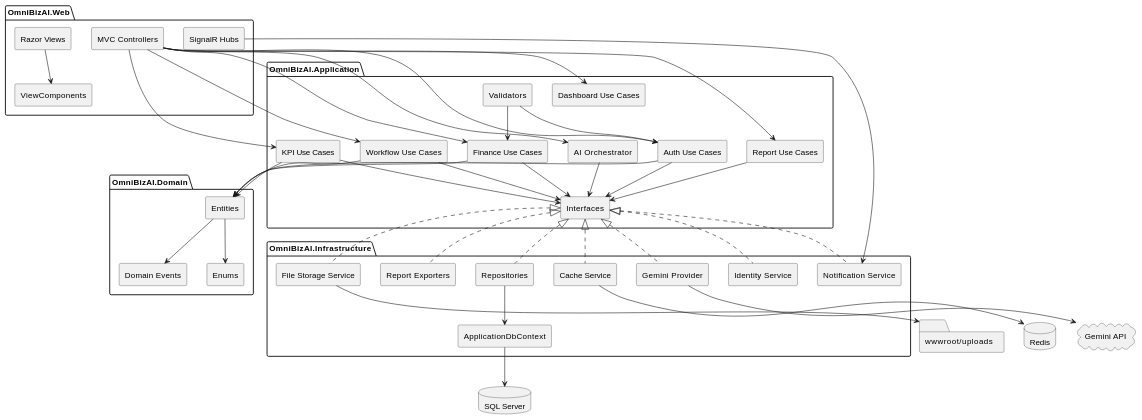
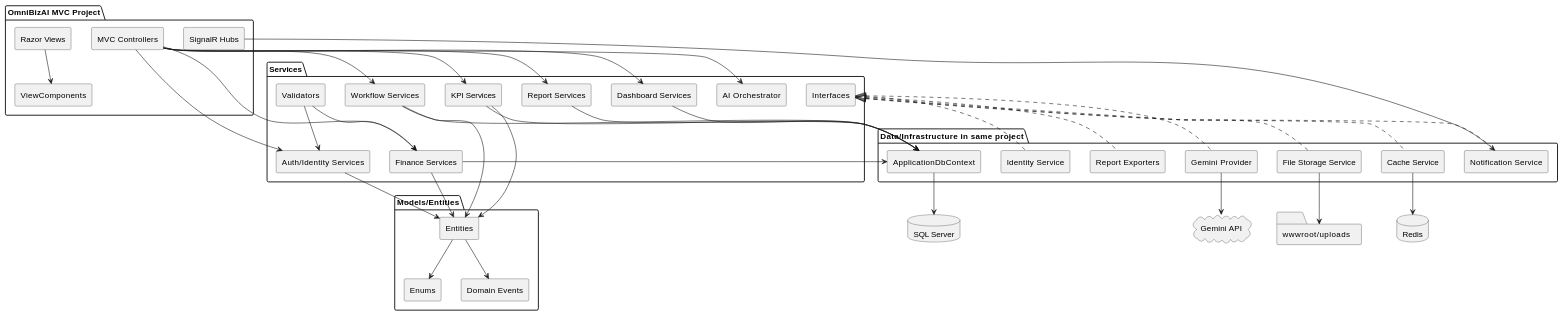
One commit to quanptatb/OmniBizAI changed the fifth of 14 diagrams in docs/00-Project-Implementation-Blueprint.md. Above: the diagram before and after it, drawn with PlantUML. The commit also changed other lines of this file and 90 other files, not shown here.

```diff
--- a/docs/00-Project-Implementation-Blueprint.md
+++ b/docs/00-Project-Implementation-Blueprint.md
@@ -457,34 +477,33 @@
 @startuml
 skinparam componentStyle rectangle
 
-package "OmniBizAI.Web" {
+package "OmniBizAI MVC Project" {
   [MVC Controllers] as Controllers
   [Razor Views] as Views
   [ViewComponents] as ViewComponents
   [SignalR Hubs] as Hubs
 }
 
-package "OmniBizAI.Application" {
-  [Auth Use Cases] as AuthUC
-  [Finance Use Cases] as FinanceUC
-  [Workflow Use Cases] as WorkflowUC
-  [KPI Use Cases] as KpiUC
+package "Services" {
+  [Auth/Identity Services] as AuthUC
+  [Finance Services] as FinanceUC
+  [Workflow Services] as WorkflowUC
+  [KPI Services] as KpiUC
   [AI Orchestrator] as AIOrch
-  [Dashboard Use Cases] as DashUC
-  [Report Use Cases] as ReportUC
+  [Dashboard Services] as DashUC
+  [Report Services] as ReportUC
   [Validators] as Validators
   [Interfaces] as Interfaces
 }
 
-package "OmniBizAI.Domain" {
+package "Models/Entities" {
   [Entities] as Entities
   [Enums] as Enums
   [Domain Events] as Events
 }
 
-package "OmniBizAI.Infrastructure" {
+package "Data/Infrastructure in same project" {
   [ApplicationDbContext] as DbContext
-  [Repositories] as Repos
   [Identity Service] as Identity
   [Gemini Provider] as GeminiProvider
   [File Storage Service] as FileStorage
@@ -508,16 +527,9 @@
 Views --> ViewComponents
 Hubs --> Notification
 
-AuthUC --> Interfaces
-FinanceUC --> Interfaces
-WorkflowUC --> Interfaces
-KpiUC --> Interfaces
-AIOrch --> Interfaces
-ReportUC --> Interfaces
 Validators --> AuthUC
 Validators --> FinanceUC
 
-Interfaces <|.. Repos
 Interfaces <|.. Identity
 Interfaces <|.. GeminiProvider
 Interfaces <|.. FileStorage
@@ -525,7 +537,11 @@
 Interfaces <|.. Exporters
 Interfaces <|.. Cache
 
-Repos --> DbContext
+FinanceUC --> DbContext
+WorkflowUC --> DbContext
+KpiUC --> DbContext
+DashUC --> DbContext
+ReportUC --> DbContext
 DbContext --> SQL
 GeminiProvider --> Gemini
 Cache --> Redis
```
